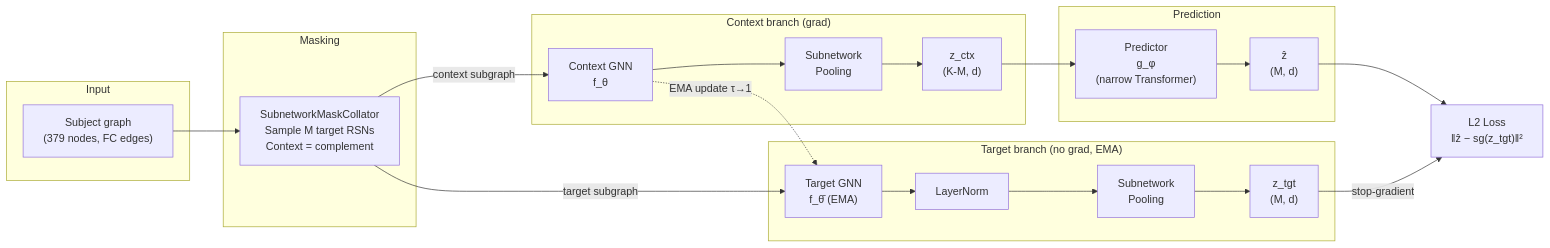
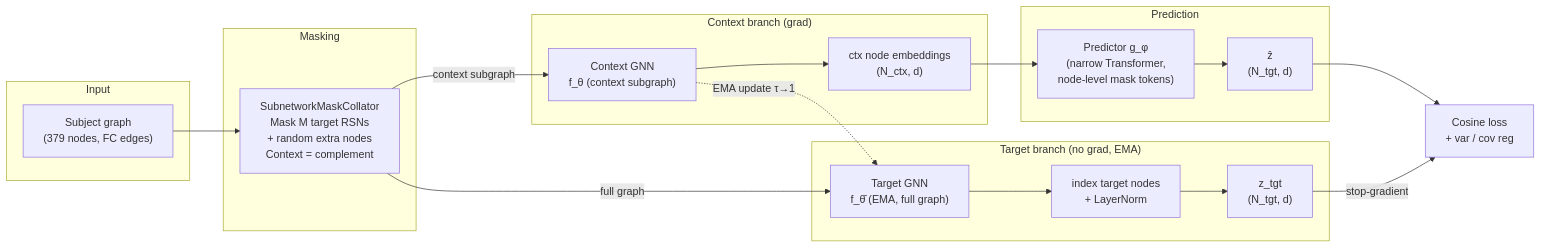
The diagram in README.md (stevanna98/brain_subnetwork_jepa), drawn with Mermaid before and after one commit. The commit also changed other lines of this file and 3 other files, not shown here.

````diff
--- a/README.md
+++ b/README.md
@@ -47,41 +49,39 @@
 ```mermaid
 flowchart LR
     subgraph Input
         S["Subject graph\n(379 nodes, FC edges)"]
     end
 
     subgraph Masking
-        M["SubnetworkMaskCollator\nSample M target RSNs\nContext = complement"]
+        M["SubnetworkMaskCollator\nMask M target RSNs\n+ random extra nodes\nContext = complement"]
     end
 
     subgraph ContextBranch["Context branch (grad)"]
-        GNN_C["Context GNN\nf_θ"]
-        POOL_C["Subnetwork\nPooling"]
-        Z_C["z_ctx\n(K-M, d)"]
+        GNN_C["Context GNN\nf_θ (context subgraph)"]
+        Z_C["ctx node embeddings\n(N_ctx, d)"]
     end
 
     subgraph TargetBranch["Target branch (no grad, EMA)"]
-        GNN_T["Target GNN\nf_θ̄  (EMA)"]
-        LN["LayerNorm"]
-        POOL_T["Subnetwork\nPooling"]
-        Z_T["z_tgt\n(M, d)"]
+        GNN_T["Target GNN\nf_θ̄  (EMA, full graph)"]
+        IDX["index target nodes\n+ LayerNorm"]
+        Z_T["z_tgt\n(N_tgt, d)"]
     end
 
     subgraph Prediction
-        PRED["Predictor\ng_φ\n(narrow Transformer)"]
-        Z_HAT["ẑ\n(M, d)"]
+        PRED["Predictor g_φ\n(narrow Transformer,\nnode-level mask tokens)"]
+        Z_HAT["ẑ\n(N_tgt, d)"]
     end
 
-    LOSS["L2 Loss\n‖ẑ − sg(z_tgt)‖²"]
+    LOSS["Cosine loss\n+ var / cov reg"]
 
     S --> M
-    M -->|context subgraph| GNN_C --> POOL_C --> Z_C
-    M -->|target subgraph| GNN_T --> LN --> POOL_T --> Z_T
+    M -->|context subgraph| GNN_C --> Z_C
+    M -->|full graph| GNN_T --> IDX --> Z_T
 
     Z_C --> PRED
     PRED --> Z_HAT
     Z_HAT --> LOSS
     Z_T -->|stop-gradient| LOSS
 
     GNN_C -.->|EMA update τ→1| GNN_T
 ```
````
